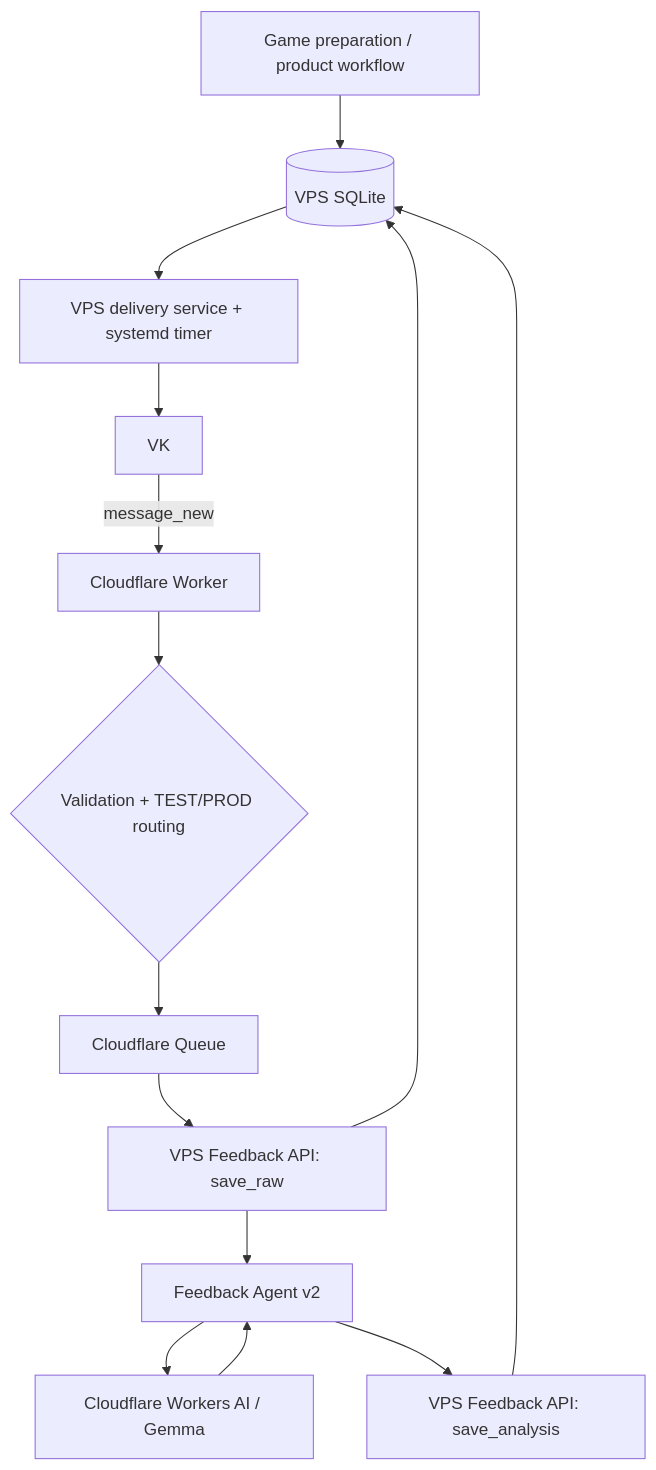
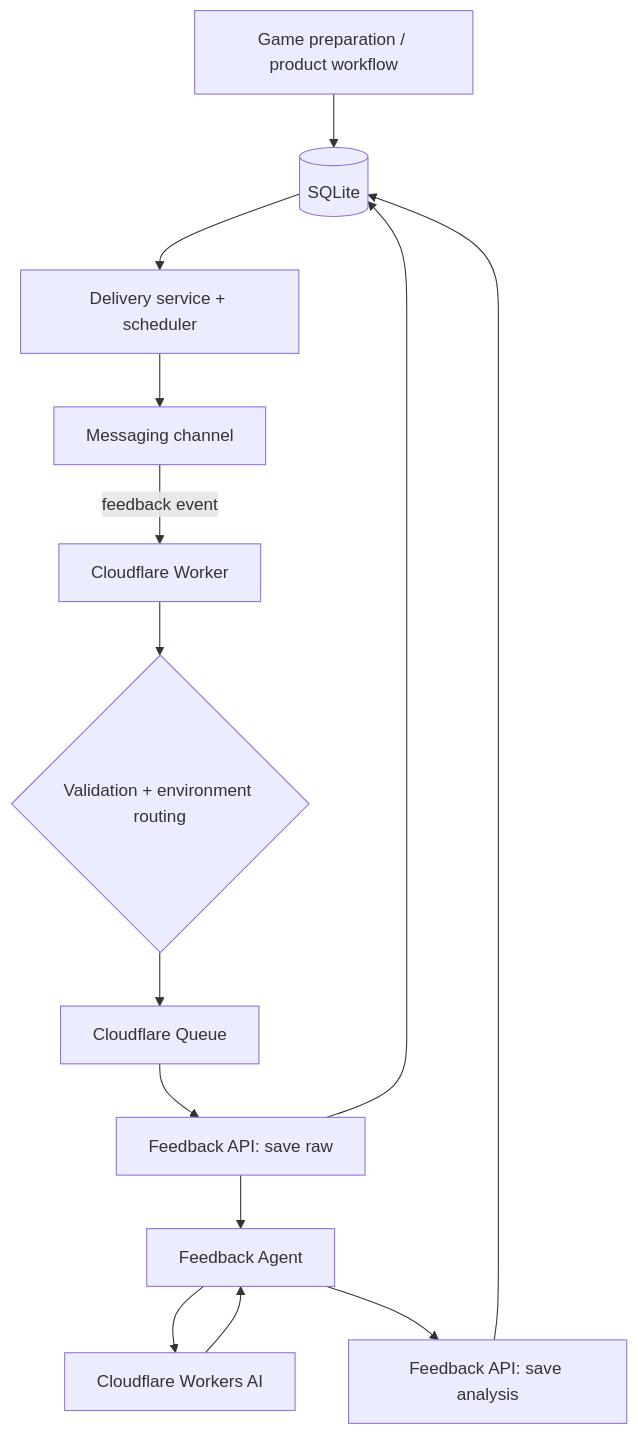
One commit to LukshinVI/game-of-the-day changed the second of 2 diagrams in docs/architecture.md. Above: the diagram before and after it, drawn with Mermaid. The commit also changed other lines of this file, not shown here.

Commit message:
docs: publish English architecture reference

````diff
--- a/docs/architecture.md
+++ b/docs/architecture.md
@@ -138,16 +92,16 @@
 ```mermaid
 flowchart TD
-    P[Game preparation / product workflow] --> DB[(VPS SQLite)]
-    DB --> D[VPS delivery service + systemd timer]
-    D --> VK[VK]
-    VK -->|message_new| W[Cloudflare Worker]
-    W --> V{Validation + TEST/PROD routing}
+    P[Game preparation / product workflow] --> DB[(SQLite)]
+    DB --> D[Delivery service + scheduler]
+    D --> CH[Messaging channel]
+    CH -->|feedback event| W[Cloudflare Worker]
+    W --> V{Validation + environment routing}
     V --> Q[Cloudflare Queue]
-    Q --> RAW[VPS Feedback API: save_raw]
+    Q --> RAW[Feedback API: save raw]
     RAW --> DB
-    RAW --> F[Feedback Agent v2]
-    F --> AI[Cloudflare Workers AI / Gemma]
+    RAW --> F[Feedback Agent]
+    F --> AI[Cloudflare Workers AI]
     AI --> F
-    F --> RES[VPS Feedback API: save_analysis]
+    F --> RES[Feedback API: save analysis]
     RES --> DB
 ```
````
